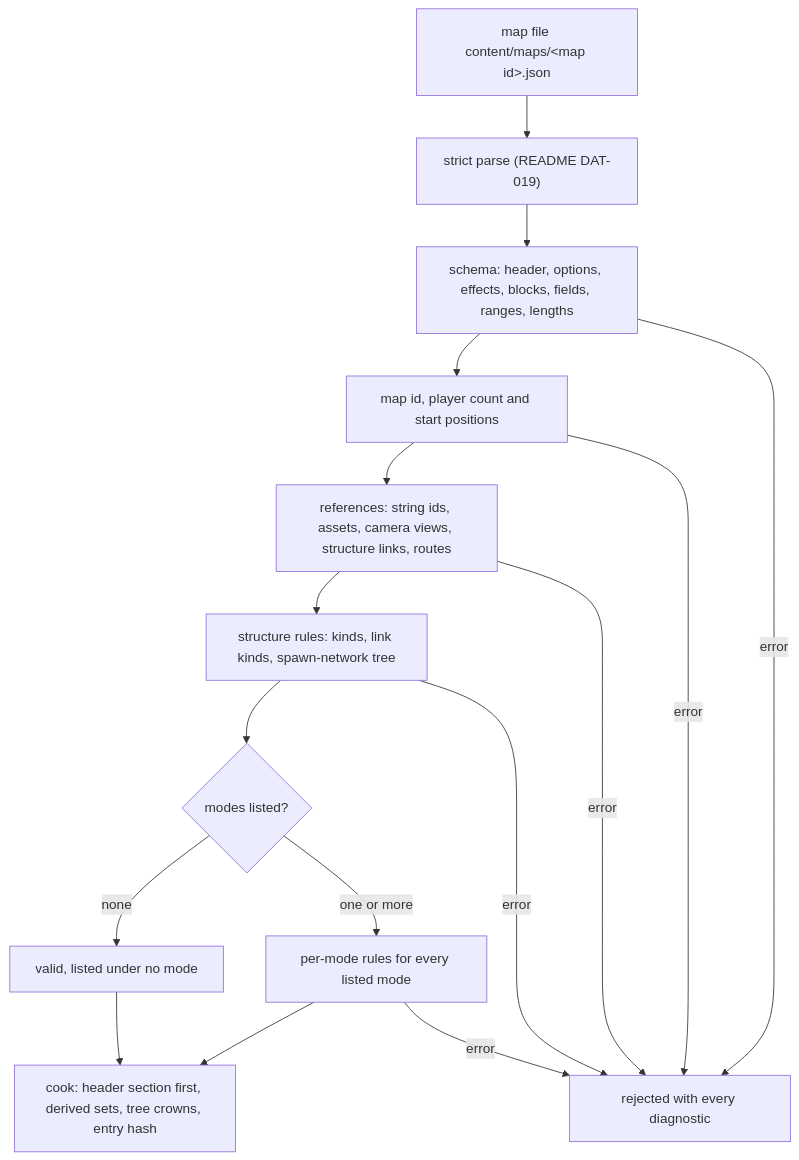
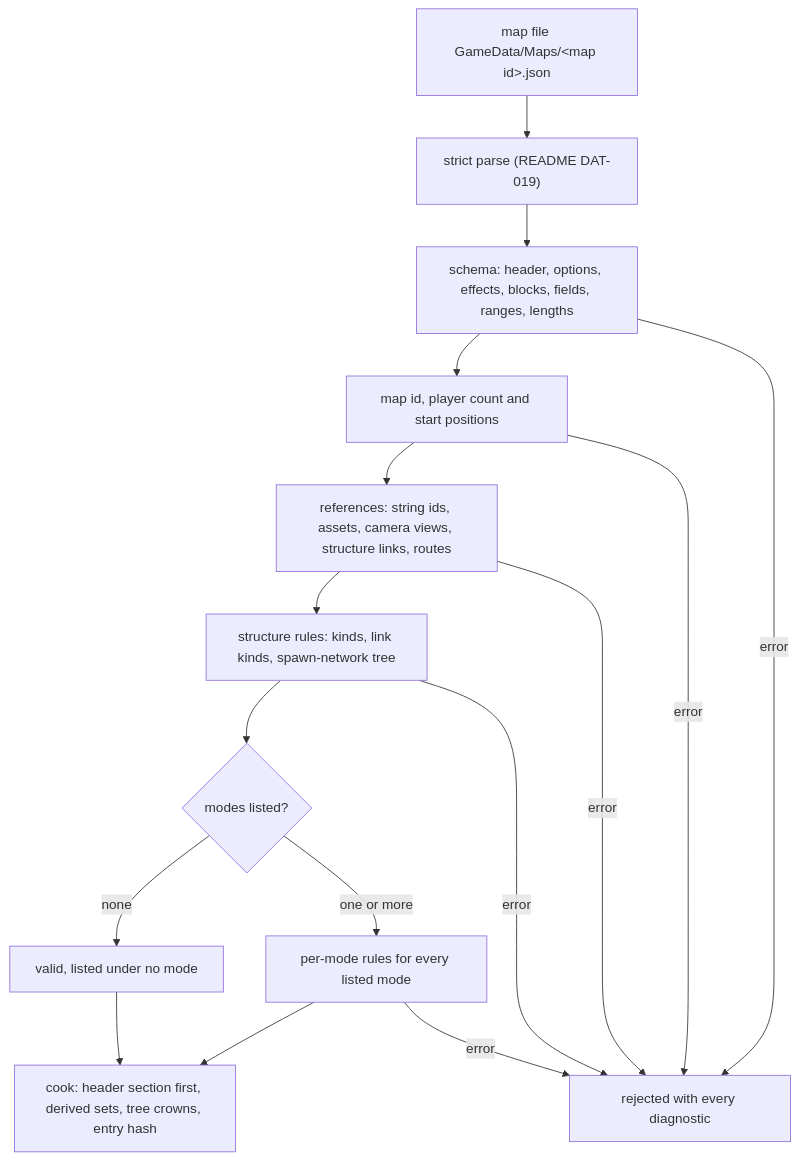
One commit to Zwaliebaba/Species.AI changed the diagram in Design/architecture/components/data_schemas/map_schema.md. Above: the diagram before and after it, drawn with Mermaid. The commit also changed other lines of this file and 32 other files, not shown here.

````diff
--- a/Design/architecture/components/data_schemas/map_schema.md
+++ b/Design/architecture/components/data_schemas/map_schema.md
@@ -508,18 +508,18 @@
 ```mermaid
 flowchart TD
-  A["map file content/maps/&lt;map id&gt;.json"] --> B["strict parse (README DAT-019)"]
+  A["map file GameData/Maps/&lt;map id&gt;.json"] --> B["strict parse (README DAT-019)"]
   B --> C["schema: header, options, effects, blocks, fields, ranges, lengths"]
   C --> D["map id, player count and start positions"]
   D --> E["references: string ids, assets, camera views, structure links, routes"]
   E --> F["structure rules: kinds, link kinds, spawn-network tree"]
   F --> G{"modes listed?"}
   G -- none --> H["valid, listed under no mode"]
   G -- "one or more" --> I["per-mode rules for every listed mode"]
   I --> J["cook: header section first, derived sets, tree crowns, entry hash"]
   H --> J
   C -- error --> X["rejected with every diagnostic"]
   D -- error --> X
   E -- error --> X
   F -- error --> X
   I -- error --> X
 ```
````
